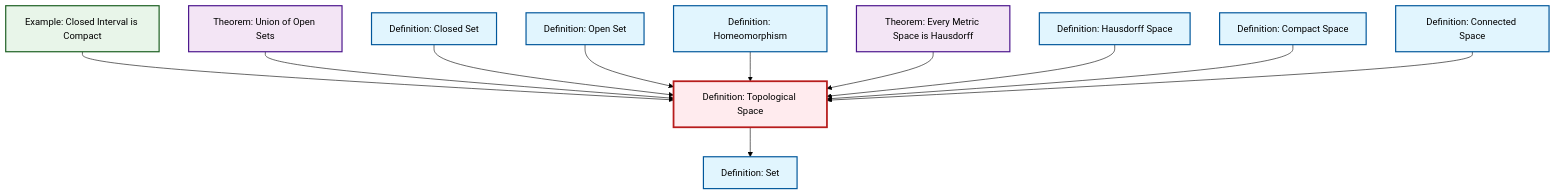
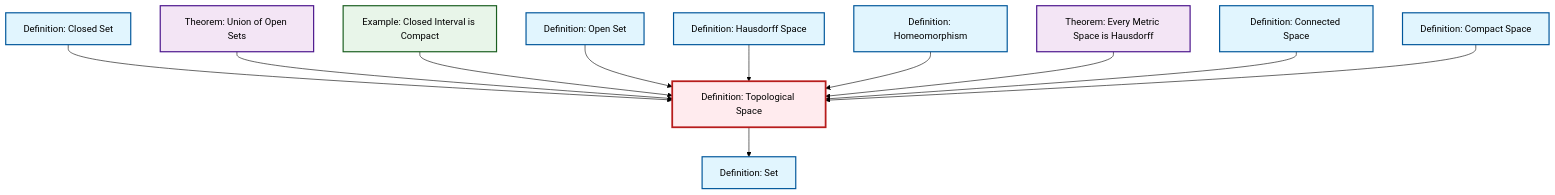
The diagram in content/ja/topology/def-topological-space.qmd (RK0429/ModernMath), drawn with Mermaid (forest theme) before and after one commit. The commit also changed other lines of this file and 360 other files, not shown here.

````diff
--- a/content/ja/topology/def-topological-space.qmd
+++ b/content/ja/topology/def-topological-space.qmd
@@ -60,41 +60,41 @@
 ```{mermaid}
 %%| fig-cap: "Local dependency graph"
 graph TD
     classDef definition fill:#e1f5fe,stroke:#01579b,stroke-width:2px
     classDef theorem fill:#f3e5f5,stroke:#4a148c,stroke-width:2px
     classDef axiom fill:#fff3e0,stroke:#e65100,stroke-width:2px
     classDef example fill:#e8f5e9,stroke:#1b5e20,stroke-width:2px
     classDef current fill:#ffebee,stroke:#b71c1c,stroke-width:3px
+    thm-metric-hausdorff["Theorem: Every Metric Space is Hausdorff"]:::theorem
+    def-open-set["Definition: Open Set"]:::definition
+    def-topological-space["Definition: Topological Space"]:::definition
+    def-closed-set["Definition: Closed Set"]:::definition
     def-hausdorff["Definition: Hausdorff Space"]:::definition
-    def-closed-set["Definition: Closed Set"]:::definition
+    def-compact["Definition: Compact Space"]:::definition
+    def-homeomorphism["Definition: Homeomorphism"]:::definition
     def-connected["Definition: Connected Space"]:::definition
-    def-topological-space["Definition: Topological Space"]:::definition
-    def-open-set["Definition: Open Set"]:::definition
-    def-compact["Definition: Compact Space"]:::definition
+    def-set["Definition: Set"]:::definition
     ex-closed-interval-compact["Example: Closed Interval is Compact"]:::example
     thm-union-open-sets["Theorem: Union of Open Sets"]:::theorem
-    def-homeomorphism["Definition: Homeomorphism"]:::definition
-    def-set["Definition: Set"]:::definition
-    thm-metric-hausdorff["Theorem: Every Metric Space is Hausdorff"]:::theorem
-    ex-closed-interval-compact --> def-topological-space
+    def-closed-set --> def-topological-space
     def-topological-space --> def-set
     thm-union-open-sets --> def-topological-space
-    def-closed-set --> def-topological-space
+    ex-closed-interval-compact --> def-topological-space
     def-open-set --> def-topological-space
+    def-hausdorff --> def-topological-space
     def-homeomorphism --> def-topological-space
     thm-metric-hausdorff --> def-topological-space
-    def-hausdorff --> def-topological-space
+    def-connected --> def-topological-space
     def-compact --> def-topological-space
-    def-connected --> def-topological-space
     class def-topological-space current
+    click thm-metric-hausdorff "thm-metric-hausdorff.html" "Theorem: Every Metric Space is Hausdorffへ"
+    click def-open-set "def-open-set.html" "Definition: Open Setへ"
+    click def-closed-set "def-closed-set.html" "Definition: Closed Setへ"
     click def-hausdorff "def-hausdorff.html" "Definition: Hausdorff Spaceへ"
-    click def-closed-set "def-closed-set.html" "Definition: Closed Setへ"
+    click def-compact "def-compact.html" "Definition: Compact Spaceへ"
+    click def-homeomorphism "def-homeomorphism.html" "Definition: Homeomorphismへ"
     click def-connected "def-connected.html" "Definition: Connected Spaceへ"
-    click def-open-set "def-open-set.html" "Definition: Open Setへ"
-    click def-compact "def-compact.html" "Definition: Compact Spaceへ"
+    click def-set "def-set.html" "Definition: Setへ"
     click ex-closed-interval-compact "ex-closed-interval-compact.html" "Example: Closed Interval is Compactへ"
     click thm-union-open-sets "thm-union-open-sets.html" "Theorem: Union of Open Setsへ"
-    click def-homeomorphism "def-homeomorphism.html" "Definition: Homeomorphismへ"
-    click def-set "def-set.html" "Definition: Setへ"
-    click thm-metric-hausdorff "thm-metric-hausdorff.html" "Theorem: Every Metric Space is Hausdorffへ"
 ```
````
